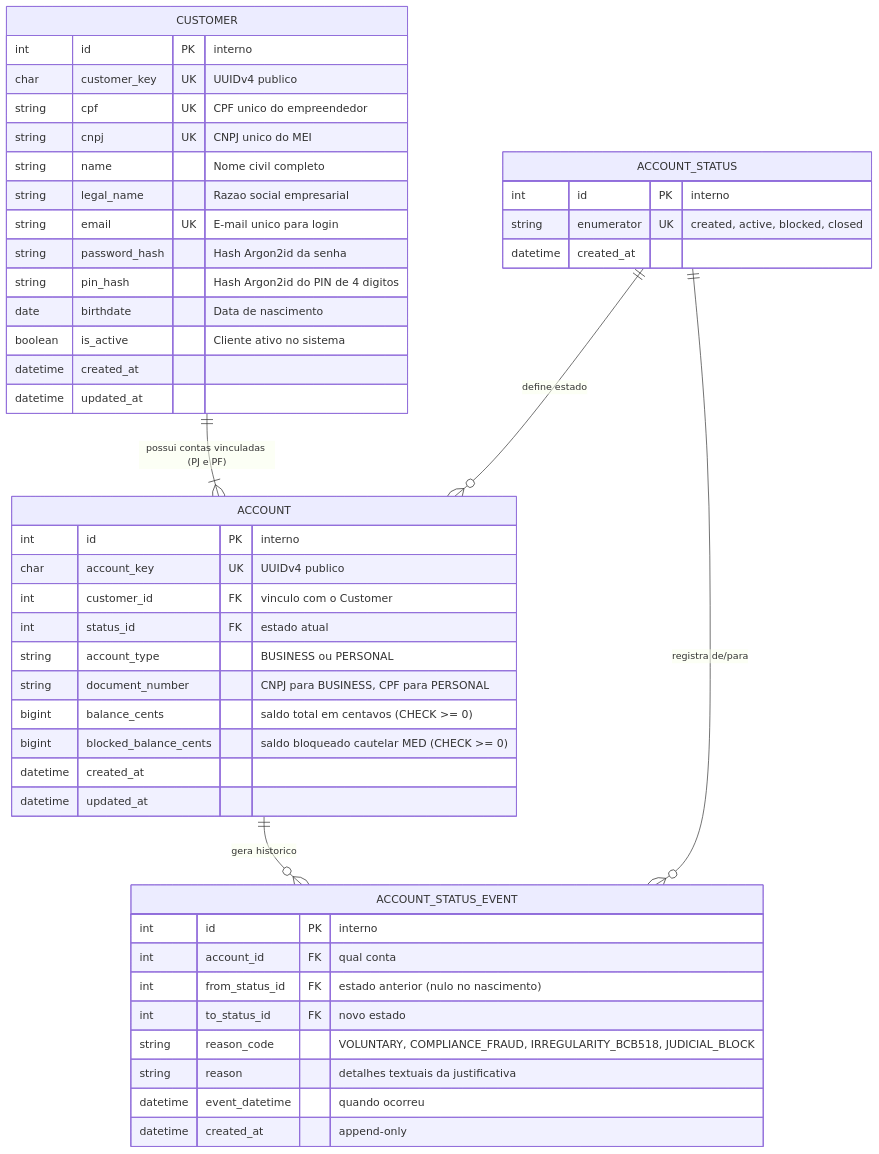
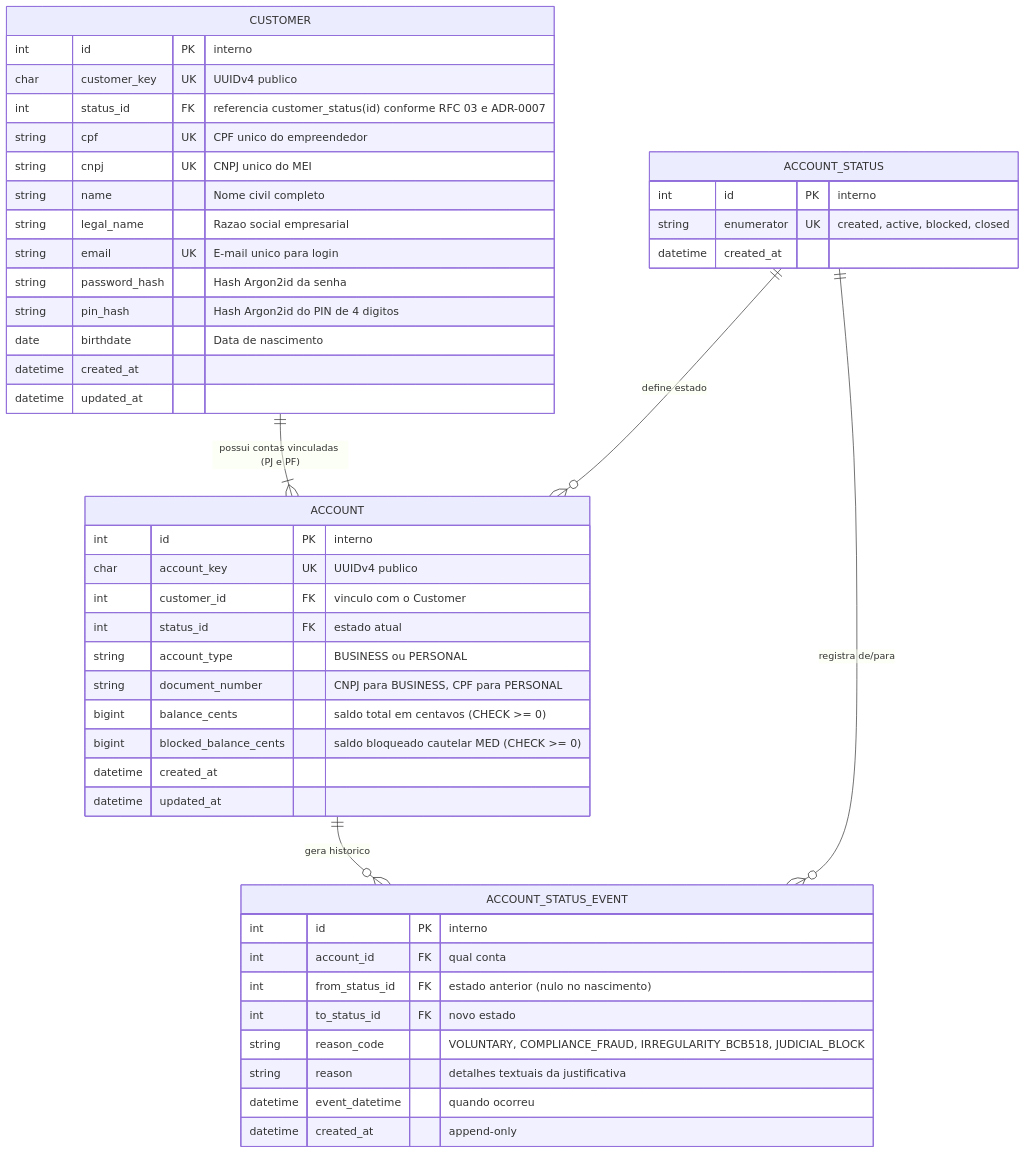
The first of 3 diagrams in docs/rfc/rfc-01-core-customer-accounts.md (JPCalsavara/bootcamp-qitech-api), drawn with Mermaid before and after one commit. The commit also changed other lines of this file and 4 other files, not shown here.

````diff
--- a/docs/rfc/rfc-01-core-customer-accounts.md
+++ b/docs/rfc/rfc-01-core-customer-accounts.md
@@ -75,53 +75,53 @@
 ```mermaid
 erDiagram
     CUSTOMER ||--|{ ACCOUNT : "possui contas vinculadas (PJ e PF)"
     ACCOUNT_STATUS ||--o{ ACCOUNT : "define estado"
     ACCOUNT ||--o{ ACCOUNT_STATUS_EVENT : "gera historico"
     ACCOUNT_STATUS ||--o{ ACCOUNT_STATUS_EVENT : "registra de/para"
 
     CUSTOMER {
         int id PK "interno"
         char customer_key UK "UUIDv4 publico"
+        int status_id FK "referencia customer_status(id) conforme RFC 03 e ADR-0007"
         string cpf UK "CPF unico do empreendedor"
         string cnpj UK "CNPJ unico do MEI"
         string name "Nome civil completo"
         string legal_name "Razao social empresarial"
         string email UK "E-mail unico para login"
         string password_hash "Hash Argon2id da senha"
         string pin_hash "Hash Argon2id do PIN de 4 digitos"
         date birthdate "Data de nascimento"
-        boolean is_active "Cliente ativo no sistema"
         datetime created_at
         datetime updated_at
     }
 
     ACCOUNT_STATUS {
         int id PK "interno"
         string enumerator UK "created, active, blocked, closed"
         datetime created_at
     }
 
     ACCOUNT {
         int id PK "interno"
         char account_key UK "UUIDv4 publico"
         int customer_id FK "vinculo com o Customer"
         int status_id FK "estado atual"
         string account_type "BUSINESS ou PERSONAL"
         string document_number "CNPJ para BUSINESS, CPF para PERSONAL"
         bigint balance_cents "saldo total em centavos (CHECK >= 0)"
         bigint blocked_balance_cents "saldo bloqueado cautelar MED (CHECK >= 0)"
         datetime created_at
         datetime updated_at
     }
 
     ACCOUNT_STATUS_EVENT {
         int id PK "interno"
         int account_id FK "qual conta"
         int from_status_id FK "estado anterior (nulo no nascimento)"
         int to_status_id FK "novo estado"
         string reason_code "VOLUNTARY, COMPLIANCE_FRAUD, IRREGULARITY_BCB518, JUDICIAL_BLOCK"
         string reason "detalhes textuais da justificativa"
         datetime event_datetime "quando ocorreu"
         datetime created_at "append-only"
     }
 ```
````
